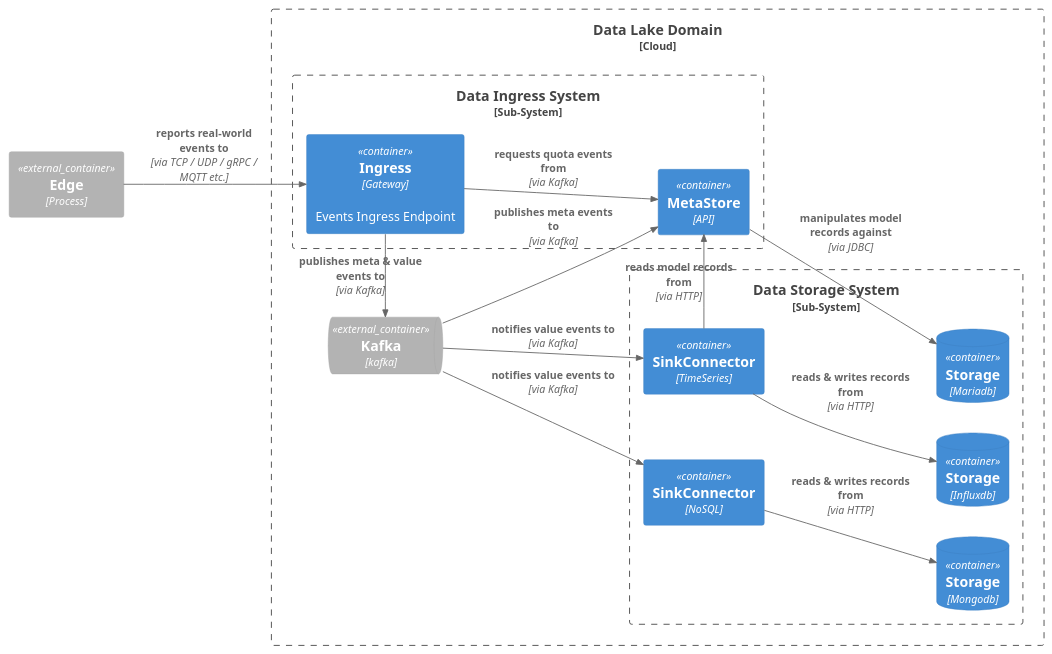
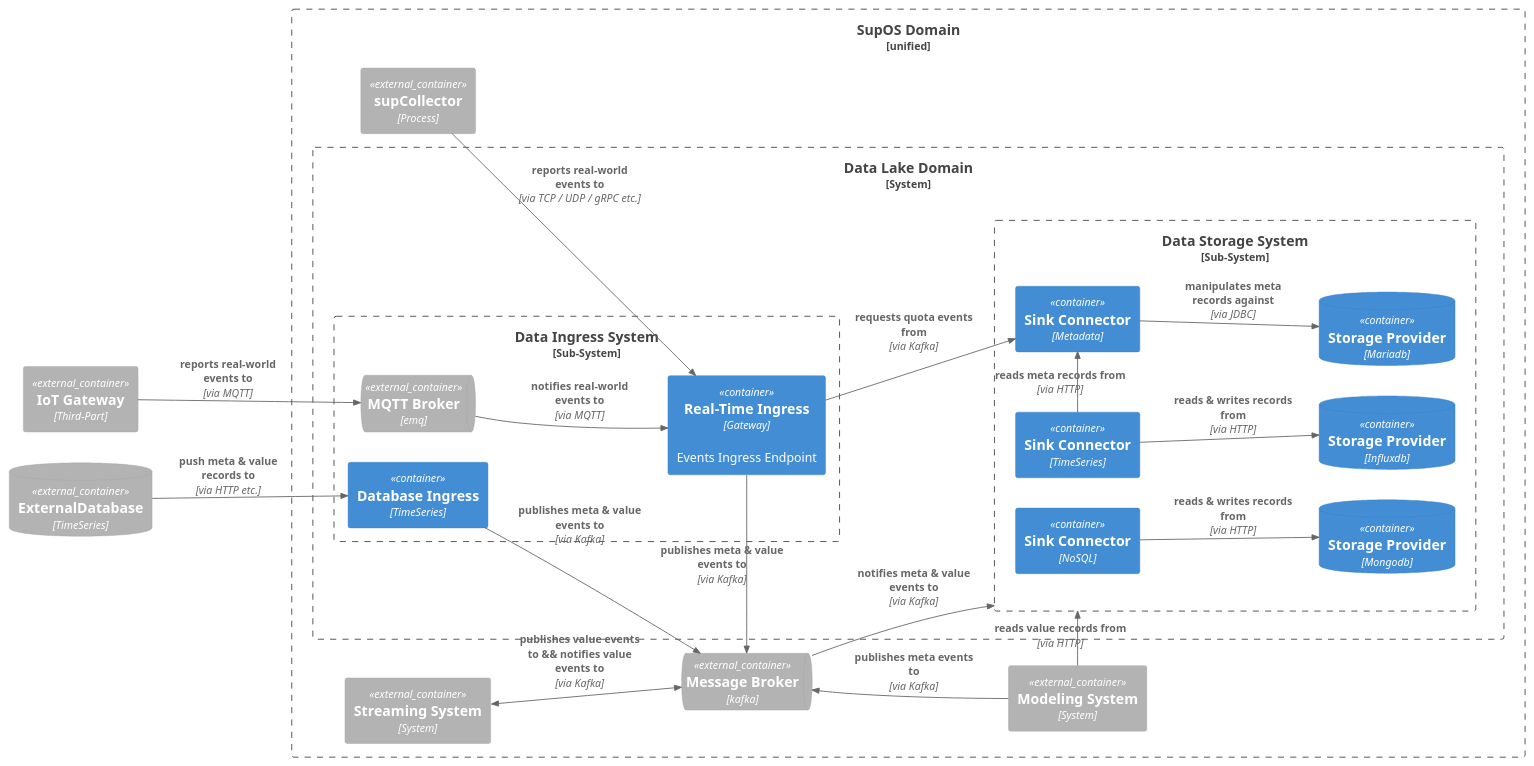
Before and after one commit to zhangli2946/skills: the diagram in c4model/digital_factory/platform/datalake/ContainerForIngressAndStorage.puml, drawn with PlantUML. The commit also changed 4 other files, not shown here.

```diff
--- a/c4model/digital_factory/platform/datalake/ContainerForIngressAndStorage.puml
+++ b/c4model/digital_factory/platform/datalake/ContainerForIngressAndStorage.puml
@@ -1,39 +1,44 @@
 @startuml
 !include https://raw.githubusercontent.com/plantuml-stdlib/C4-PlantUML/master/C4_Container.puml
 '!include <C4/C4_Container>
 
 LAYOUT_LANDSCAPE()
-Container_Ext(collector, "Edge", "Process")
-
-Boundary(lake, "Data Lake Domain", "Cloud"){
-
-    ContainerQueue_Ext(kafka, "Kafka", "kafka", "")
-    Boundary(ingress, "Data Ingress System", "Sub-System"){
-        Container(config, "MetaStore", "API", "")
-        Rel(kafka, config, "publishes meta events to", "via Kafka", "")
-
-        Container(realtime, "Ingress", "Gateway", "Events Ingress Endpoint")
-        Rel(collector, realtime, "reports real-world events to", "via TCP / UDP / gRPC / MQTT etc.")
-        Rel(realtime, kafka, "publishes meta & value events to", "via Kafka")
-        Rel(realtime, config, "requests quota events from", "via Kafka")
+Container_Ext(iot, "IoT Gateway", "Third-Part")
+ContainerDb_Ext(extdb_t, "ExternalDatabase", "TimeSeries")
+Boundary(all, "SupOS Domain", "unified"){
+    Container_Ext(collector, "supCollector", "Process")
+    ContainerQueue_Ext(kafka, "Message Broker", "kafka")
+    Boundary(lake, "Data Lake Domain", "System"){
+        Boundary(ingress, "Data Ingress System", "Sub-System"){
+            Container(proxy_t, "Database Ingress", "TimeSeries", "")
+            Container(realtime, "Real-Time Ingress", "Gateway", "Events Ingress Endpoint")
+            ContainerQueue_Ext(emq, "MQTT Broker", "emq")
+            Rel(collector, realtime, "reports real-world events to", "via TCP / UDP / gRPC etc.")
+            Rel(emq, realtime, "notifies real-world events to", "via MQTT")
+            Rel(extdb_t, proxy_t, "push meta & value records to", "via HTTP etc.")
+            Rel(iot, emq, "reports real-world events to", "via MQTT")
+            Rel(proxy_t, kafka, "publishes meta & value events to", "via Kafka")
+            Rel(realtime, kafka, "publishes meta & value events to", "via Kafka")
+        }
+        Boundary(persist, "Data Storage System", "Sub-System"){
+            Container(archive_n, "Sink Connector", "NoSQL", "")
+            Container(config, "Sink Connector", "Metadata", "")
+            Container(archive_t, "Sink Connector", "TimeSeries", "")
+            ContainerDb(influx, "Storage Provider", "Influxdb", "")
+            ContainerDb(mariadb, "Storage Provider", "Mariadb", "")
+            ContainerDb(mongodb, "Storage Provider", "Mongodb", "")
+            Rel(archive_n, mongodb, "reads & writes records from ", "via HTTP")
+            Rel_D(archive_t, config, "reads meta records from ", "via HTTP")
+            Rel(archive_t, influx, "reads & writes records from ", "via HTTP")
+            Rel(config, mariadb, "manipulates meta records against", "via JDBC")
+            Rel(kafka, persist, "notifies meta & value events to", "via Kafka")
+            Rel(realtime, config, "requests quota events from", "via Kafka")
+        }
     }
-
-    Boundary(persist, "Data Storage System", "Sub-System"){
-        ContainerDb(mariadb, "Storage", "Mariadb", "")
-        Rel(config, mariadb,"manipulates model records against", "via JDBC")
-
-        ContainerDb(mongodb, "Storage", "Mongodb", "")
-        ContainerDb(influx, "Storage", "Influxdb", "")
-        Lay_R(mariadb, influx)
-
-        Container(archive_t, "SinkConnector", "TimeSeries", "")
-        Rel(archive_t, influx, "reads & writes records from ", "via HTTP")
-        Rel(kafka, archive_t, "notifies value events to", "via Kafka")
-        Rel(archive_t, config, "reads model records from ", "via HTTP")
-
-        Container(archive_n, "SinkConnector", "NoSQL", "")
-        Rel(archive_n, mongodb, "reads & writes records from ", "via HTTP")
-        Rel(kafka, archive_n, "notifies value events to", "via Kafka")
-    }
+    Container_Ext(oodm, "Modeling System", "System")
+    Container_Ext(flink, "Streaming System", "System")
+    BiRel(flink, kafka, "publishes value events to && notifies value events to", "via Kafka")
+    Rel_L(oodm, kafka, "publishes meta events to", "via Kafka")
+    Rel(oodm, persist, "reads value records from ", "via HTTP")
 }
 @enduml
```
